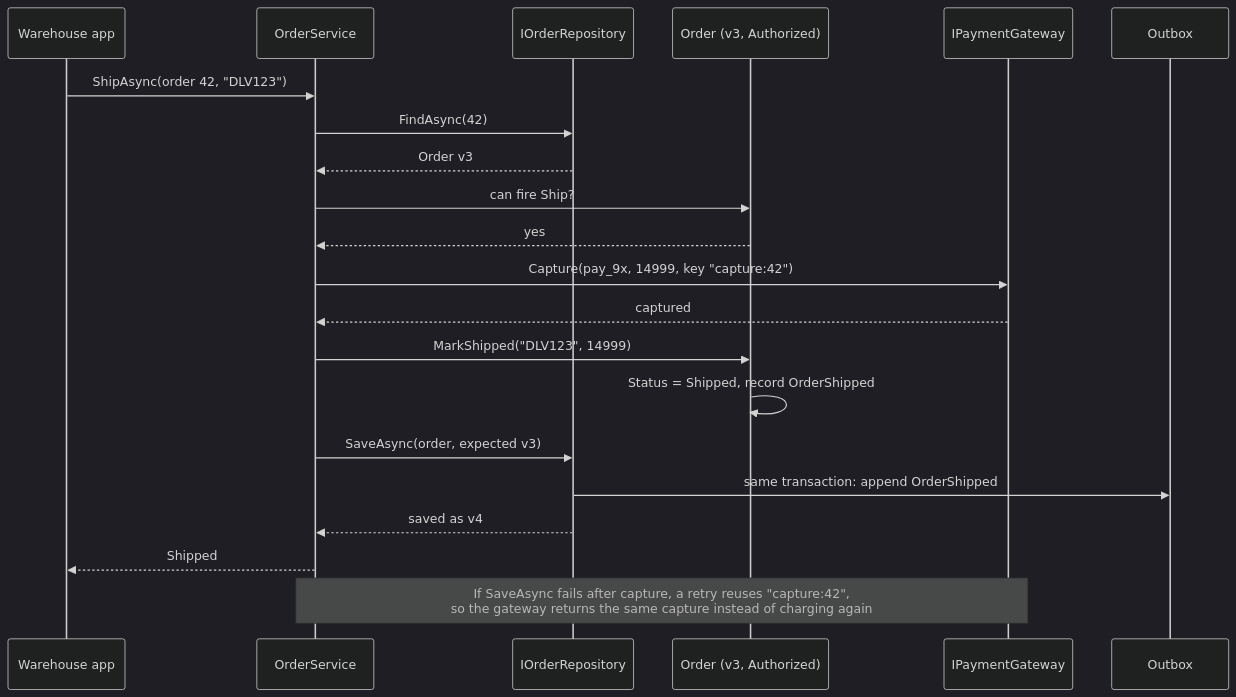
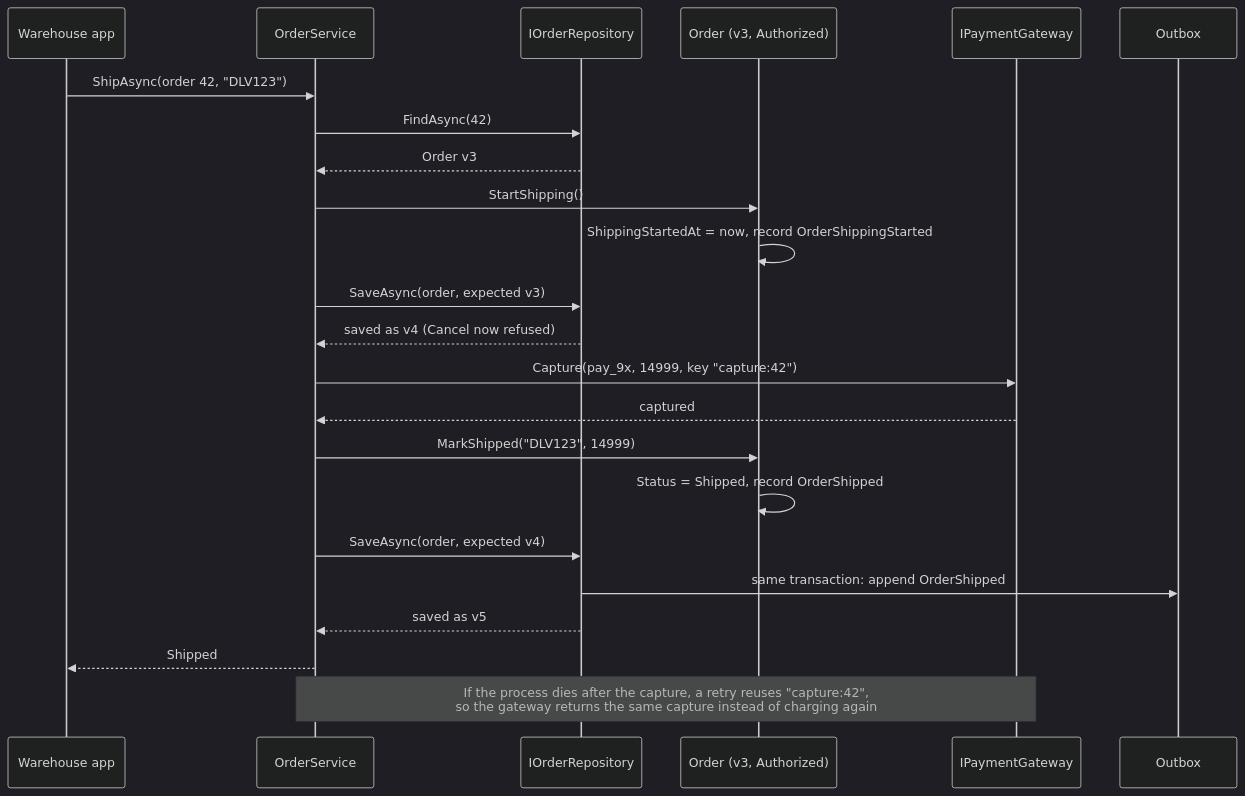
The second of 4 diagrams in content/lessons/m18/m18-order-processing.md (rizwi0786/system-design-lab), drawn with Mermaid (dark theme) before and after one commit. The commit also changed other lines of this file and 334 other files, not shown here.

````diff
--- a/content/lessons/m18/m18-order-processing.md
+++ b/content/lessons/m18/m18-order-processing.md
@@ -210,23 +212,25 @@
 ```mermaid
 sequenceDiagram
     participant WH as Warehouse app
     participant S as OrderService
     participant R as IOrderRepository
     participant O as Order (v3, Authorized)
     participant G as IPaymentGateway
     participant X as Outbox
     WH->>S: ShipAsync(order 42, "DLV123")
     S->>R: FindAsync(42)
     R-->>S: Order v3
-    S->>O: can fire Ship?
-    O-->>S: yes
+    S->>O: StartShipping()
+    O->>O: ShippingStartedAt = now, record OrderShippingStarted
+    S->>R: SaveAsync(order, expected v3)
+    R-->>S: saved as v4 (Cancel now refused)
     S->>G: Capture(pay_9x, 14999, key "capture:42")
     G-->>S: captured
     S->>O: MarkShipped("DLV123", 14999)
     O->>O: Status = Shipped, record OrderShipped
-    S->>R: SaveAsync(order, expected v3)
+    S->>R: SaveAsync(order, expected v4)
     R->>X: same transaction: append OrderShipped
-    R-->>S: saved as v4
+    R-->>S: saved as v5
     S-->>WH: Shipped
-    Note over S,G: If SaveAsync fails after capture, a retry reuses "capture:42",<br/>so the gateway returns the same capture instead of charging again
+    Note over S,G: If the process dies after the capture, a retry reuses "capture:42",<br/>so the gateway returns the same capture instead of charging again
 ```
````
